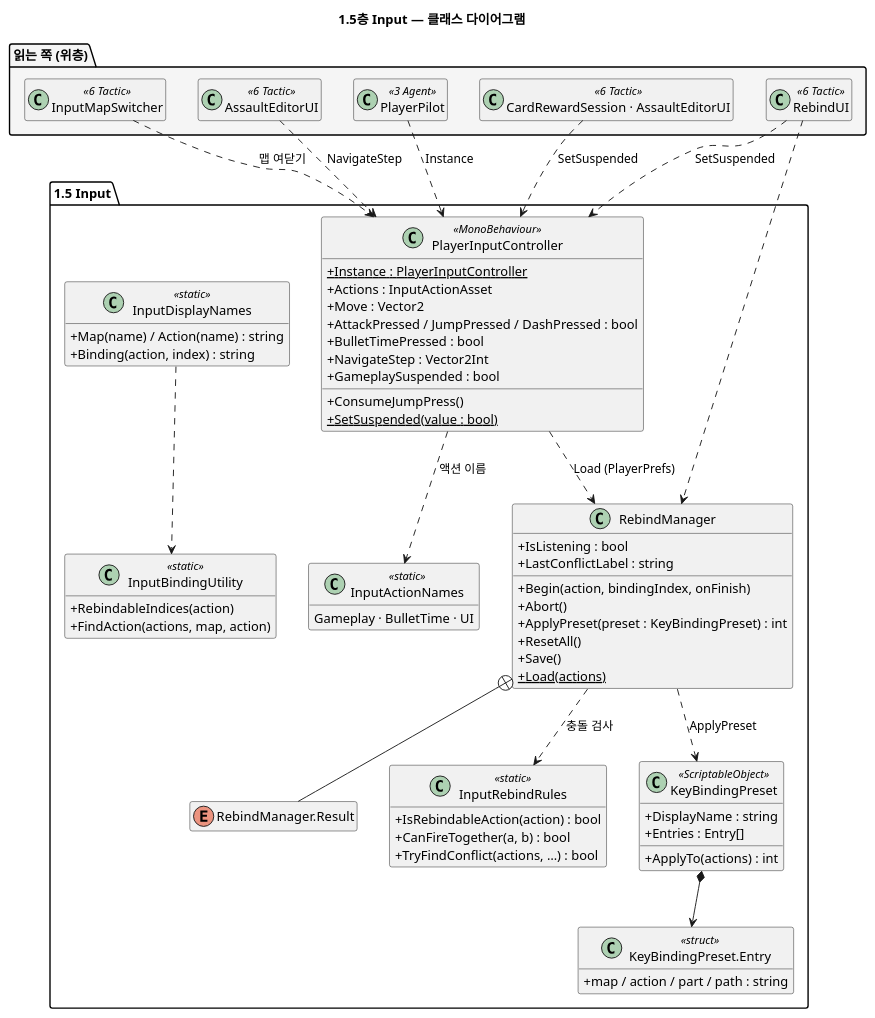
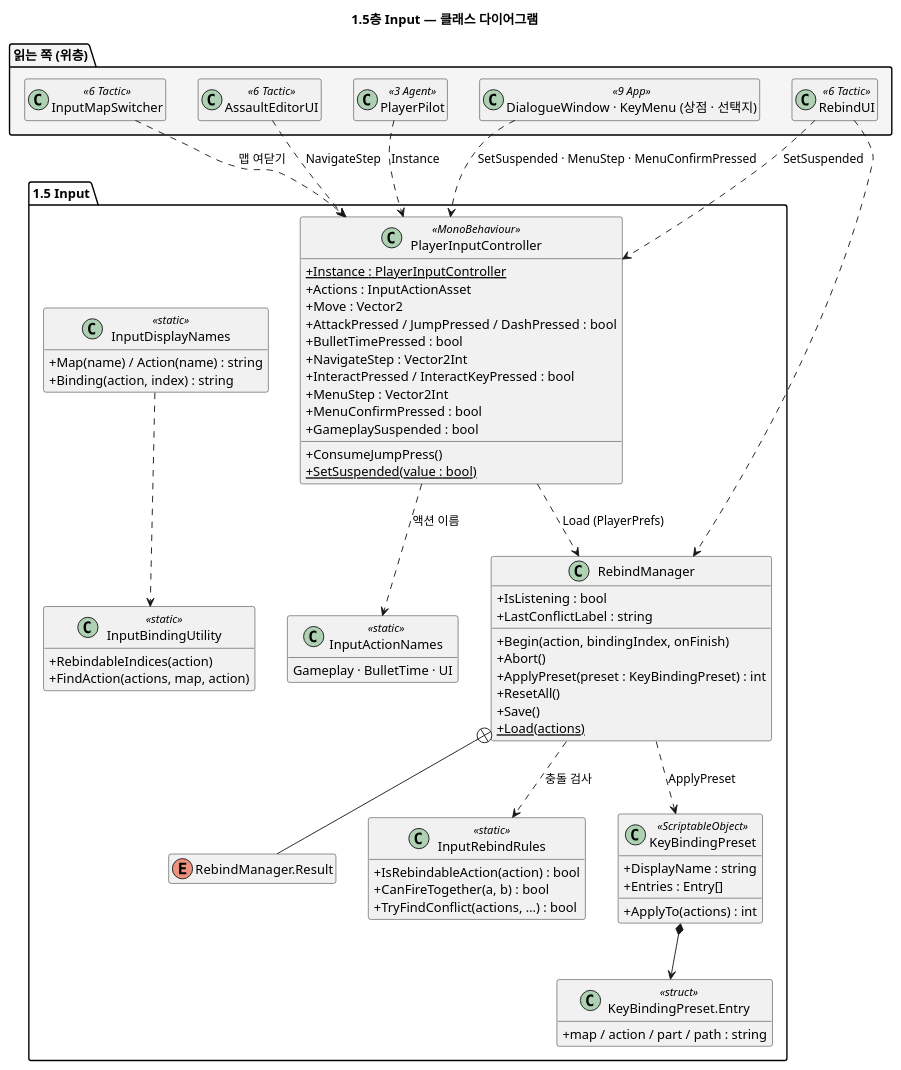
The diagram in docs/uml/03-Input.puml (jukanmi/Prototype), drawn with PlantUML before and after one commit. The commit also changed 114 other files, not shown here.

```diff
--- a/docs/uml/03-Input.puml
+++ b/docs/uml/03-Input.puml
@@ -1,81 +1,84 @@
 @startuml 03-Input
 ' 1.5층 Input — 장치 입력. 게임 규칙을 모른다 (Kernel · Actor만 참조).
 ' 디바이스(Keyboard.current 등)를 만지는 곳은 이 폴더뿐이다 — InputSourceTests가 막는다.
 title 1.5층 Input — 클래스 다이어그램
 
 set separator none
 skinparam shadowing false
 skinparam classAttributeIconSize 0
 hide empty members
 
 package "1.5 Input" {
   class PlayerInputController <<MonoBehaviour>> {
     + {static} Instance : PlayerInputController
     + Actions : InputActionAsset
     + Move : Vector2
     + AttackPressed / JumpPressed / DashPressed : bool
     + BulletTimePressed : bool
     + NavigateStep : Vector2Int
+    + InteractPressed / InteractKeyPressed : bool
+    + MenuStep : Vector2Int
+    + MenuConfirmPressed : bool
     + GameplaySuspended : bool
     + ConsumeJumpPress()
     + {static} SetSuspended(value : bool)
   }
   class RebindManager {
     + IsListening : bool
     + LastConflictLabel : string
     + Begin(action, bindingIndex, onFinish)
     + Abort()
     + ApplyPreset(preset : KeyBindingPreset) : int
     + ResetAll()
     + Save()
     + {static} Load(actions)
   }
   enum "RebindManager.Result" as RebindResult
   class InputRebindRules <<static>> {
     + IsRebindableAction(action) : bool
     + CanFireTogether(a, b) : bool
     + TryFindConflict(actions, …) : bool
   }
   class KeyBindingPreset <<ScriptableObject>> {
     + DisplayName : string
     + Entries : Entry[]
     + ApplyTo(actions) : int
   }
   class "KeyBindingPreset.Entry" as PresetEntry <<struct>> {
     + map / action / part / path : string
   }
   class InputActionNames <<static>> {
     Gameplay · BulletTime · UI
   }
   class InputDisplayNames <<static>> {
     + Map(name) / Action(name) : string
     + Binding(action, index) : string
   }
   class InputBindingUtility <<static>> {
     + RebindableIndices(action)
     + FindAction(actions, map, action)
   }
 }
 
 PlayerInputController ..> InputActionNames : 액션 이름
 PlayerInputController ..> RebindManager : Load (PlayerPrefs)
 RebindManager ..> InputRebindRules : 충돌 검사
 RebindManager ..> KeyBindingPreset : ApplyPreset
 RebindManager +-- RebindResult
 KeyBindingPreset *--> PresetEntry
 InputDisplayNames ..> InputBindingUtility
 
 package "읽는 쪽 (위층)" #F5F5F5 {
   class "PlayerPilot" as Pilot <<3 Agent>>
   class "InputMapSwitcher" as Switcher <<6 Tactic>>
   class "AssaultEditorUI" as TacticUI <<6 Tactic>>
   class "RebindUI" as RebindUI <<6 Tactic>>
-  class "CardRewardSession · AssaultEditorUI" as ModalUI <<6 Tactic>>
+  class "DialogueWindow · KeyMenu (상점 · 선택지)" as ModalUI <<9 App>>
 }
 Pilot ..> PlayerInputController : Instance
 Switcher ..> PlayerInputController : 맵 여닫기
 TacticUI ..> PlayerInputController : NavigateStep
 RebindUI ..> RebindManager
 RebindUI ..> PlayerInputController : SetSuspended
-ModalUI ..> PlayerInputController : SetSuspended
+ModalUI ..> PlayerInputController : SetSuspended · MenuStep · MenuConfirmPressed
 @enduml
```
